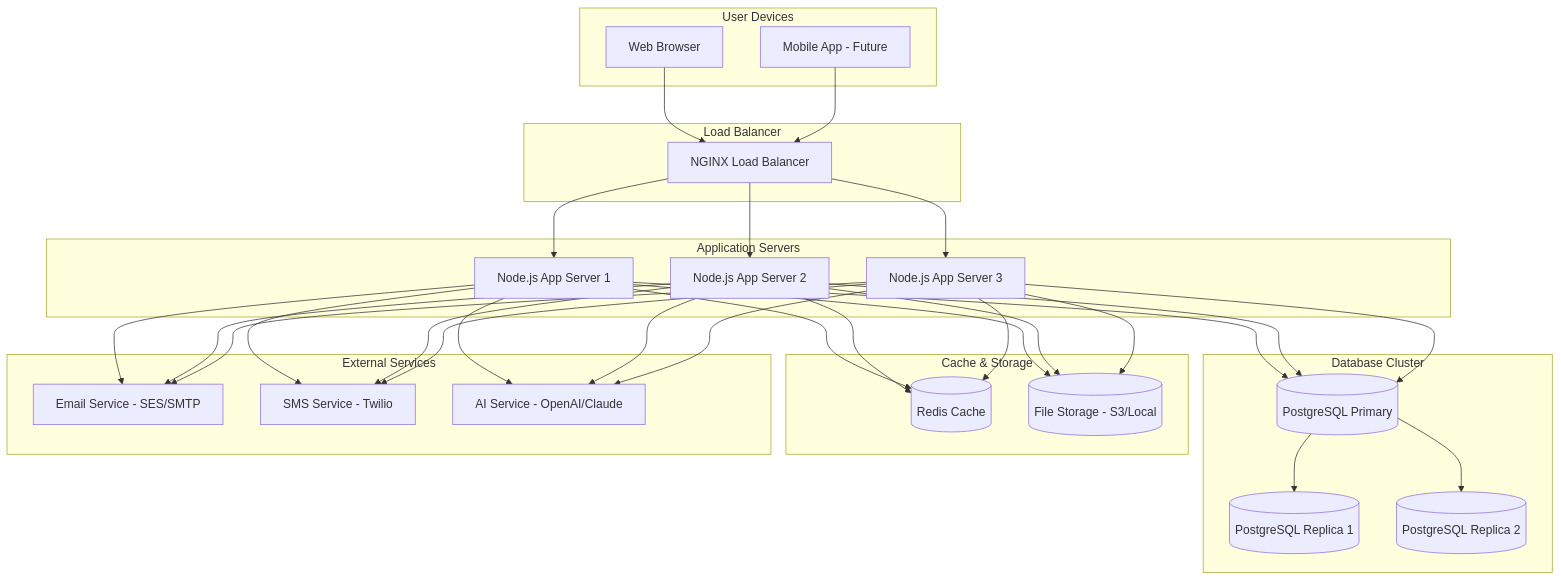
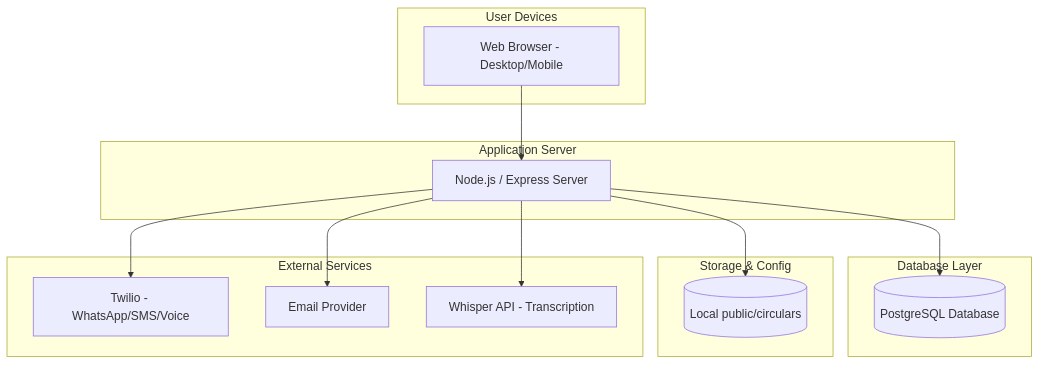
One commit to HONGKINGNIRMOND/AI-Enabled-CRM-System-for-School changed the tenth of 14 diagrams in docs/system_diagrams.md. Above: the diagram before and after it, drawn with Mermaid. The commit also changed other lines of this file and 3 other files, not shown here.

````diff
--- a/docs/system_diagrams.md
+++ b/docs/system_diagrams.md
@@ -626,68 +507,31 @@
 ```mermaid
 graph TD
     subgraph "User Devices"
-        WebBrowser[Web Browser]
-        MobileApp[Mobile App - Future]
+        WebBrowser[Web Browser - Desktop/Mobile]
     end
     
-    subgraph "Load Balancer"
-        LB[NGINX Load Balancer]
+    subgraph "Application Server"
+        ExpressApp[Node.js / Express Server]
     end
     
-    subgraph "Application Servers"
-        AppServer1[Node.js App Server 1]
-        AppServer2[Node.js App Server 2]
-        AppServer3[Node.js App Server 3]
+    subgraph "Database Layer"
+        PostgreSQL[(PostgreSQL Database)]
     end
     
-    subgraph "Database Cluster"
-        PrimaryDB[(PostgreSQL Primary)]
-        ReplicaDB1[(PostgreSQL Replica 1)]
-        ReplicaDB2[(PostgreSQL Replica 2)]
-    end
-    
-    subgraph "Cache & Storage"
-        Redis[(Redis Cache)]
-        FileStorage[(File Storage - S3/Local)]
+    subgraph "Storage & Config"
+        LocalStorage[(Local public/circulars)]
     end
     
     subgraph "External Services"
-        EmailSvc[Email Service - SES/SMTP]
-        SMSSvc[SMS Service - Twilio]
-        AISvc[AI Service - OpenAI/Claude]
+        Twilio[Twilio - WhatsApp/SMS/Voice]
+        Nodemailer[Email Provider]
+        Whisper[Whisper API - Transcription]
     end
     
-    WebBrowser --> LB
-    MobileApp --> LB
-    
-    LB --> AppServer1
-    LB --> AppServer2
-    LB --> AppServer3
-    
-    AppServer1 --> PrimaryDB
-    AppServer2 --> PrimaryDB
-    AppServer3 --> PrimaryDB
-    
-    PrimaryDB --> ReplicaDB1
-    PrimaryDB --> ReplicaDB2
-    
-    AppServer1 --> Redis
-    AppServer2 --> Redis
-    AppServer3 --> Redis
-    
-    AppServer1 --> FileStorage
-    AppServer2 --> FileStorage
-    AppServer3 --> FileStorage
-    
-    AppServer1 --> EmailSvc
-    AppServer2 --> EmailSvc
-    AppServer3 --> EmailSvc
-    
-    AppServer1 --> SMSSvc
-    AppServer2 --> SMSSvc
-    AppServer3 --> SMSSvc
-    
-    AppServer1 --> AISvc
-    AppServer2 --> AISvc
-    AppServer3 --> AISvc
+    WebBrowser --> ExpressApp
+    ExpressApp --> PostgreSQL
+    ExpressApp --> LocalStorage
+    ExpressApp --> Twilio
+    ExpressApp --> Nodemailer
+    ExpressApp --> Whisper
 ```
````
